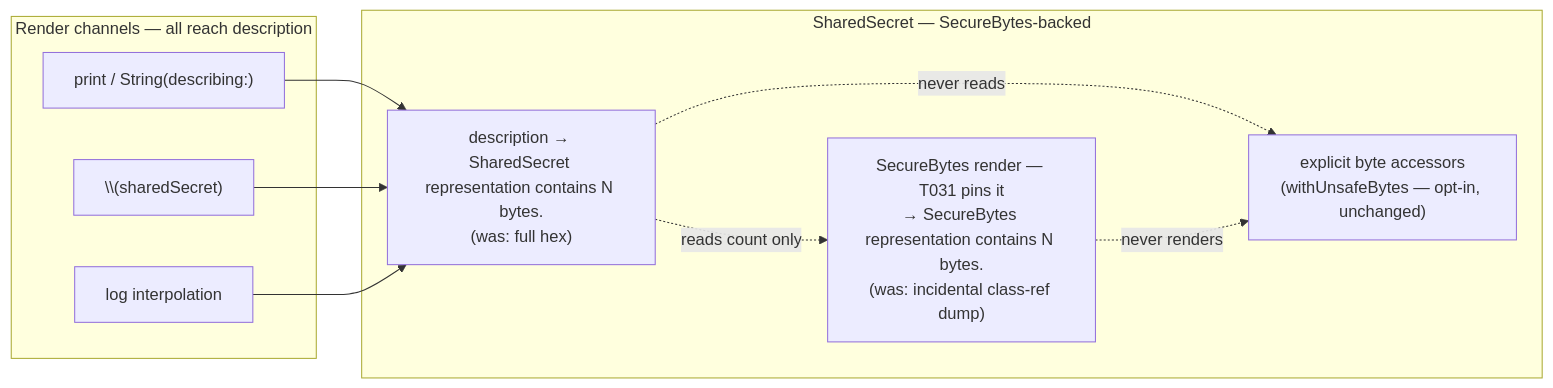
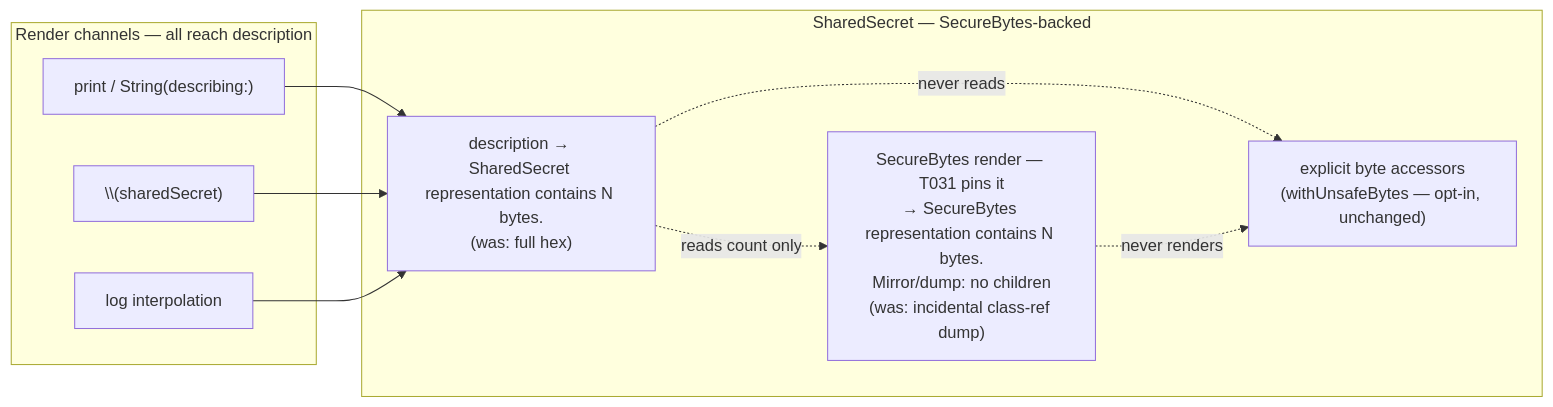
The fifth of 7 diagrams in Development/Specs/004-audit-hardening/plan.md (21-DOT-DEV/swift-secp256k1), drawn with Mermaid before and after one commit. The commit also changed other lines of this file and 6 other files, not shown here.

First line of the commit message:
fix: pin SecureBytes render channels with explicit conformances and extend redaction tests (#1227)

````diff
--- a/Development/Specs/004-audit-hardening/plan.md
+++ b/Development/Specs/004-audit-hardening/plan.md
@@ -513,17 +517,17 @@
 ```mermaid
 flowchart LR
     subgraph channels["Render channels — all reach description"]
         pr["print / String(describing:)"]
         interp["\\(sharedSecret)"]
         log["log interpolation"]
     end
     subgraph store["SharedSecret — SecureBytes-backed"]
         desc["description → SharedSecret representation contains N bytes.<br/>(was: full hex)"]
-        sb["SecureBytes render — T031 pins it<br/>→ SecureBytes representation contains N bytes.<br/>(was: incidental class-ref dump)"]
+        sb["SecureBytes render — T031 pins it<br/>→ SecureBytes representation contains N bytes.<br/>Mirror/dump: no children<br/>(was: incidental class-ref dump)"]
         bytes["explicit byte accessors<br/>(withUnsafeBytes — opt-in, unchanged)"]
     end
     pr & interp & log --> desc
     desc -.->|"reads count only"| sb
     desc -.->|"never reads"| bytes
     sb -.->|"never renders"| bytes
 ```
````
